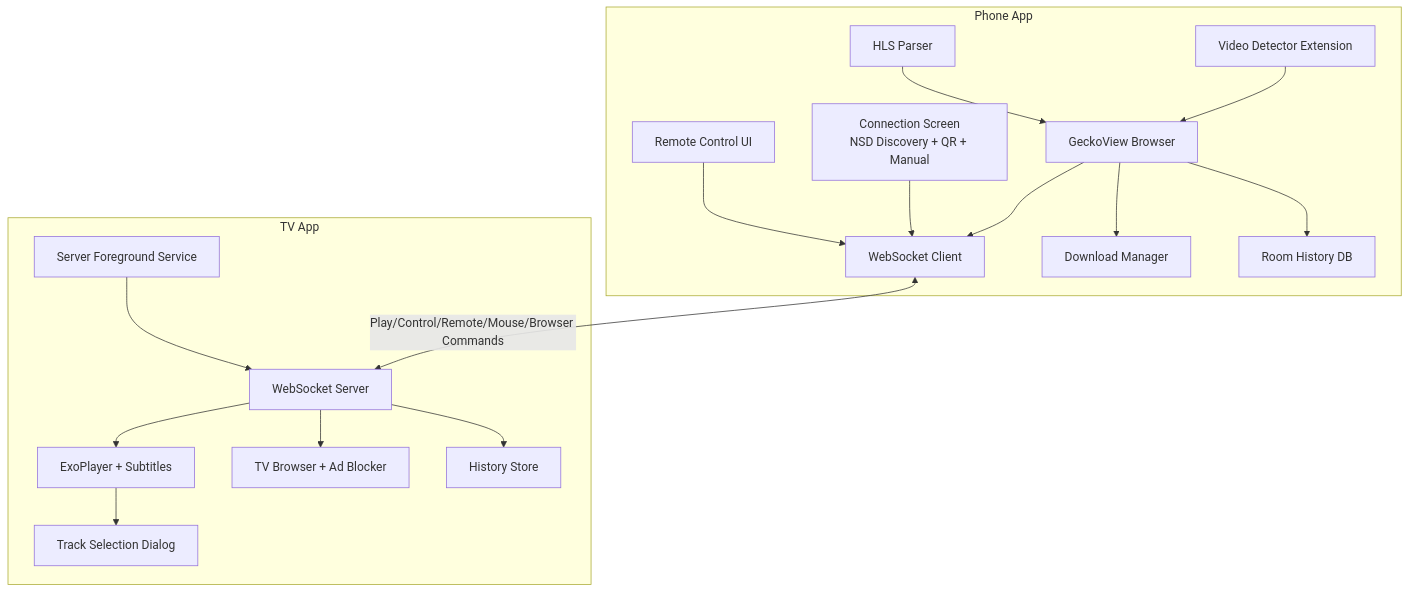
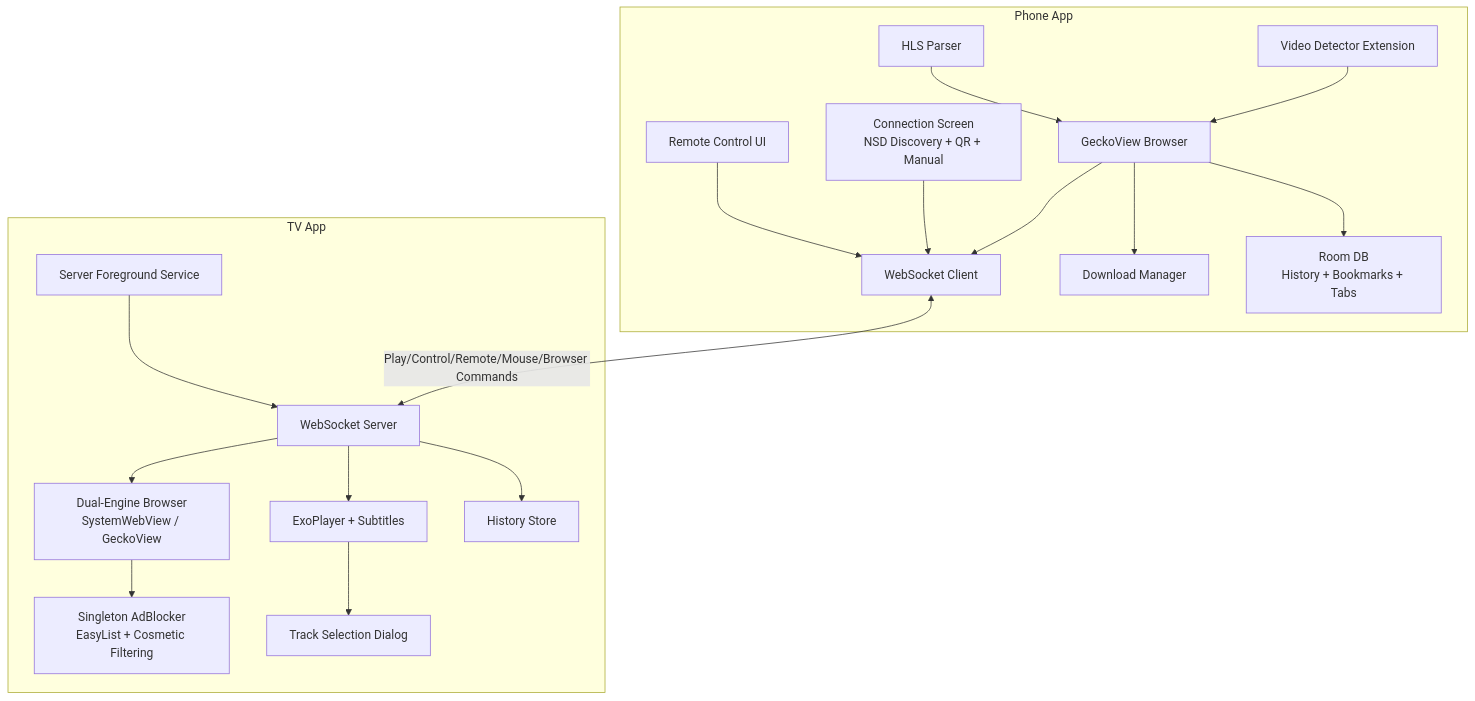
One commit to playbridgeapp/playbridge changed the first of 2 diagrams in ARCHITECTURE.md. Above: the diagram before and after it, drawn with Mermaid. The commit also changed other lines of this file and 1 other file, not shown here.

Commit message:
update architecture document and version.properties

````diff
--- a/ARCHITECTURE.md
+++ b/ARCHITECTURE.md
@@ -21,36 +21,38 @@
 ```mermaid
 graph TB
     subgraph Phone App
         Browser[GeckoView Browser]
         Extension[Video Detector Extension]
         WSClient[WebSocket Client]
         Connection[Connection Screen<br/>NSD Discovery + QR + Manual]
         RemoteControl[Remote Control UI]
         HLS[HLS Parser]
         Downloads[Download Manager]
-        HistoryDB[Room History DB]
+        HistoryDB[Room DB<br/>History + Bookmarks + Tabs]
     end
     
     subgraph TV App
         WSServer[WebSocket Server]
         Player[ExoPlayer + Subtitles]
-        TVBrowser[TV Browser + Ad Blocker]
+        TVBrowser[Dual-Engine Browser<br/>SystemWebView / GeckoView]
+        AdBlock[Singleton AdBlocker<br/>EasyList + Cosmetic Filtering]
         TrackSel[Track Selection Dialog]
         History[History Store]
         ServerSvc[Server Foreground Service]
     end
     
     Extension --> Browser
     Browser --> WSClient
     Browser --> Downloads
     Browser --> HistoryDB
     HLS --> Browser
     Connection --> WSClient
     RemoteControl --> WSClient
     WSClient <-->|Play/Control/Remote/Mouse/Browser Commands| WSServer
     ServerSvc --> WSServer
     WSServer --> Player
     WSServer --> TVBrowser
     WSServer --> History
+    TVBrowser --> AdBlock
     Player --> TrackSel
 ```
````
